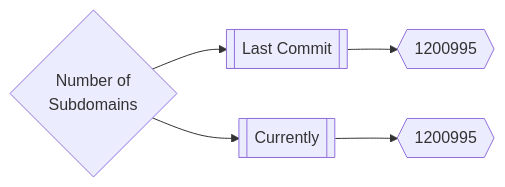
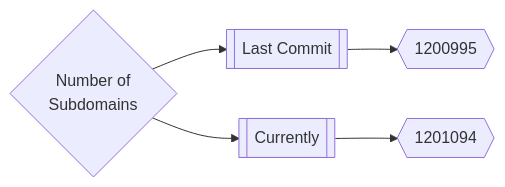
Before and after one commit to trickest/inventory: the first of 3 diagrams in README.md, drawn with Mermaid. The commit also changed other lines of this file and 11 other files, not shown here.

````diff
--- a/README.md
+++ b/README.md
@@ -165,5 +165,5 @@
 ```mermaid
 graph LR
 title{Number of<br>Subdomains} --> subdomainsDate1[[Last Commit]] --> subdomainsNum1{{1200995}}
-title --> subdomainsDate2[[Currently]] --> subdomainsNum2{{1200995}}
+title --> subdomainsDate2[[Currently]] --> subdomainsNum2{{1201094}}
 ```
````
